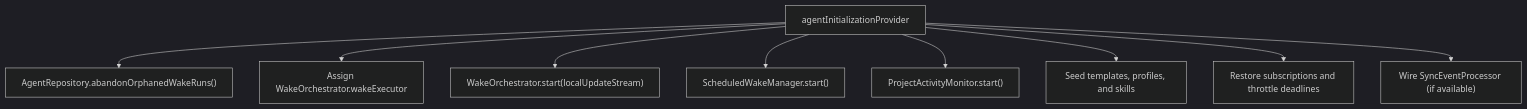
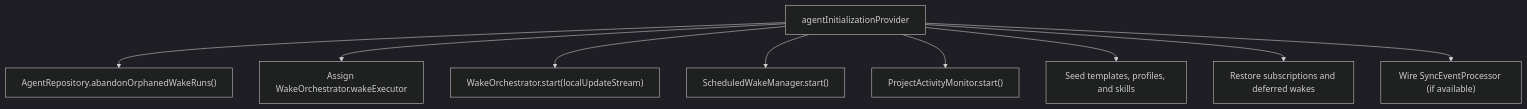
The second of 15 diagrams in lib/features/agents/README.md (matthiasn/lotti), drawn with Mermaid (dark theme) before and after one commit. The commit also changed other lines of this file and 10 other files, not shown here.

````diff
--- a/lib/features/agents/README.md
+++ b/lib/features/agents/README.md
@@ -69,13 +69,13 @@
 ```mermaid
 flowchart TD
   Init["agentInitializationProvider"]
 
   Init --> Abandon["AgentRepository.abandonOrphanedWakeRuns()"]
   Init --> Wire["Assign WakeOrchestrator.wakeExecutor"]
   Init --> Start["WakeOrchestrator.start(localUpdateStream)"]
   Init --> Sched["ScheduledWakeManager.start()"]
   Init --> Activity["ProjectActivityMonitor.start()"]
   Init --> Seed["Seed templates, profiles, and skills"]
-  Init --> Restore["Restore subscriptions and throttle deadlines"]
+  Init --> Restore["Restore subscriptions and deferred wakes"]
   Init --> Sync["Wire SyncEventProcessor (if available)"]
 ```
````
